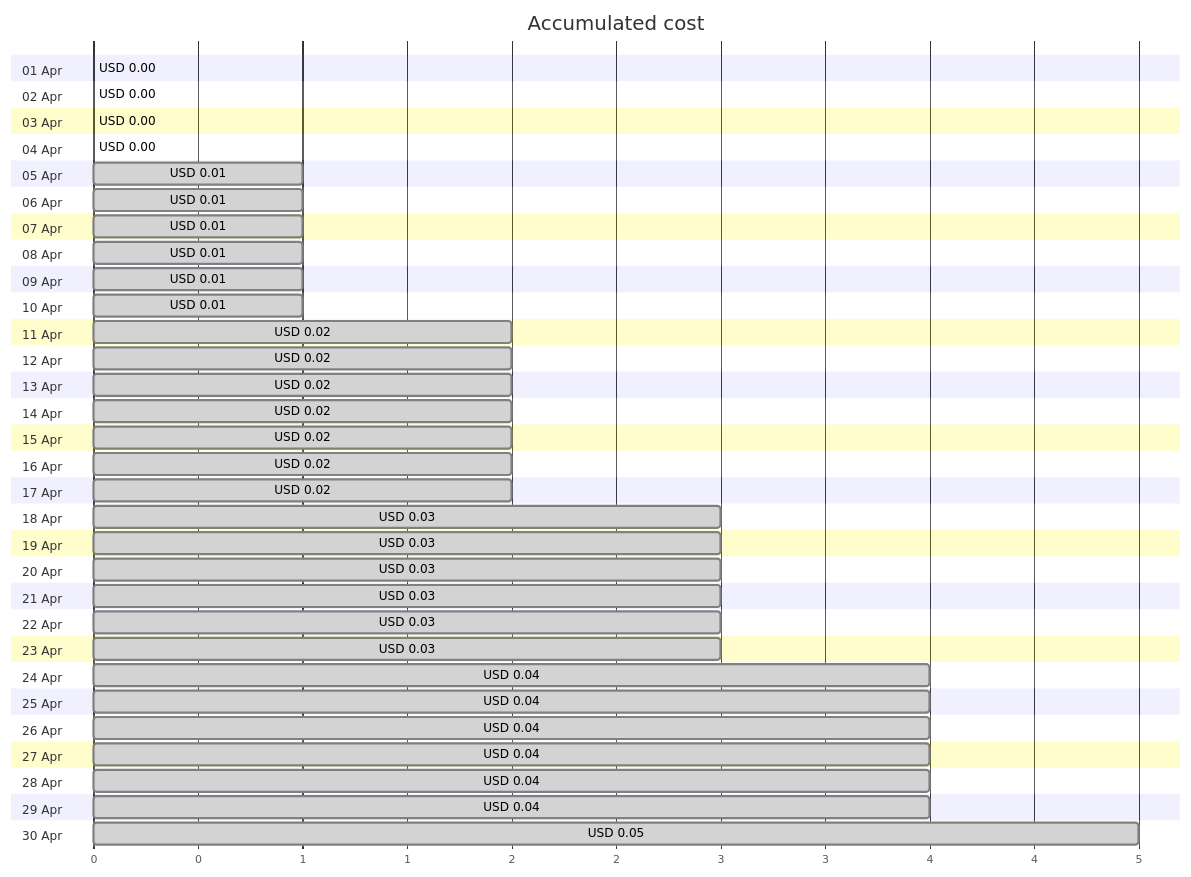
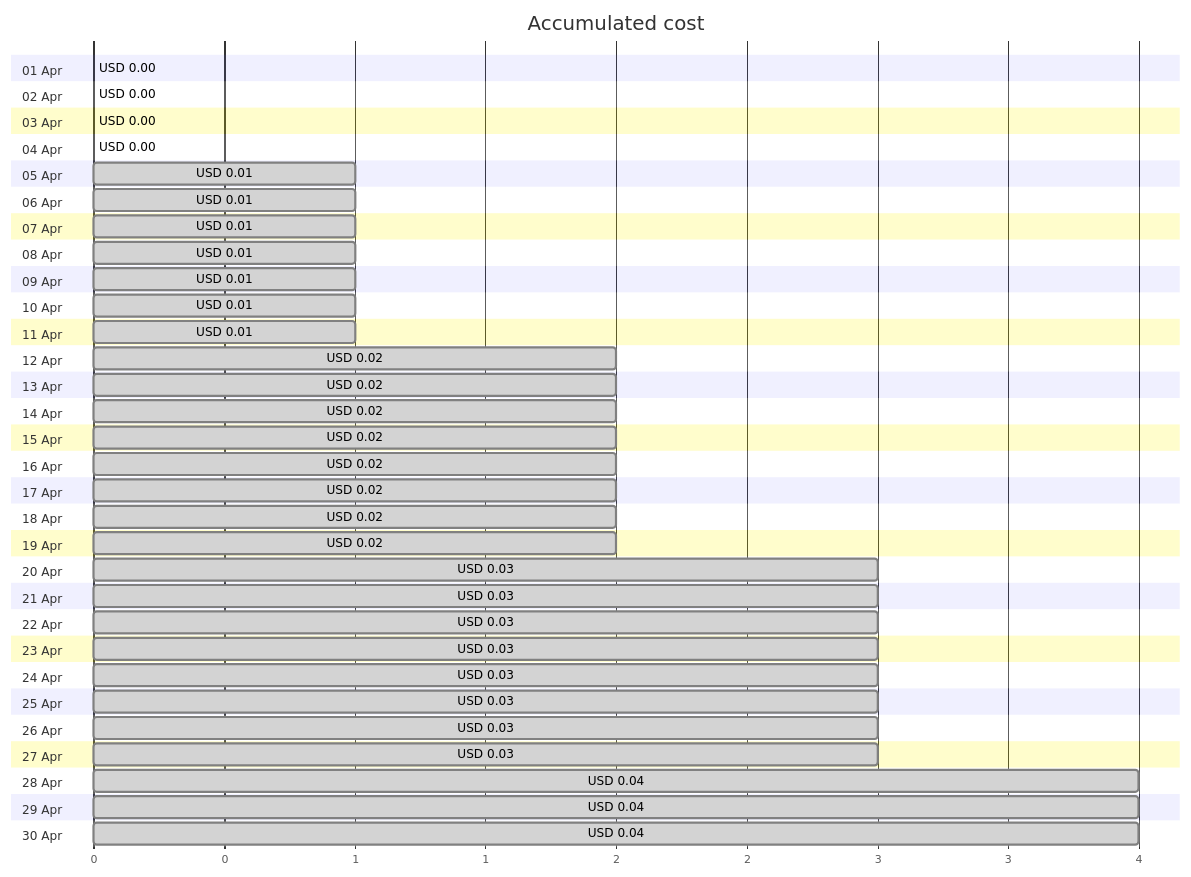
Before and after one commit to jpfulton/azure-personal-reports: the first of 4 diagrams in cost-reports/personal-site/personalsiteapistorage.md, drawn with Mermaid. The commit also changed other lines of this file and 7 other files, not shown here.

````diff
--- a/cost-reports/personal-site/personalsiteapistorage.md
+++ b/cost-reports/personal-site/personalsiteapistorage.md
@@ -20,66 +20,66 @@
 ```mermaid
 gantt
    title Accumulated cost
    dateFormat  X
    axisFormat %s
    section 01 Apr
    USD 0.00 :0, 0
    section 02 Apr
    USD 0.00 :0, 0
    section 03 Apr
    USD 0.00 :0, 0
    section 04 Apr
    USD 0.00 :0, 0
    section 05 Apr
    USD 0.01 : done, 0, 1
    section 06 Apr
    USD 0.01 : done, 0, 1
    section 07 Apr
    USD 0.01 : done, 0, 1
    section 08 Apr
    USD 0.01 : done, 0, 1
    section 09 Apr
    USD 0.01 : done, 0, 1
    section 10 Apr
    USD 0.01 : done, 0, 1
    section 11 Apr
-   USD 0.02 : done, 0, 2
+   USD 0.01 : done, 0, 1
    section 12 Apr
    USD 0.02 : done, 0, 2
    section 13 Apr
    USD 0.02 : done, 0, 2
    section 14 Apr
    USD 0.02 : done, 0, 2
    section 15 Apr
    USD 0.02 : done, 0, 2
    section 16 Apr
    USD 0.02 : done, 0, 2
    section 17 Apr
    USD 0.02 : done, 0, 2
    section 18 Apr
-   USD 0.03 : done, 0, 3
+   USD 0.02 : done, 0, 2
    section 19 Apr
-   USD 0.03 : done, 0, 3
+   USD 0.02 : done, 0, 2
    section 20 Apr
    USD 0.03 : done, 0, 3
    section 21 Apr
    USD 0.03 : done, 0, 3
    section 22 Apr
    USD 0.03 : done, 0, 3
    section 23 Apr
    USD 0.03 : done, 0, 3
    section 24 Apr
-   USD 0.04 : done, 0, 4
+   USD 0.03 : done, 0, 3
    section 25 Apr
-   USD 0.04 : done, 0, 4
+   USD 0.03 : done, 0, 3
    section 26 Apr
-   USD 0.04 : done, 0, 4
+   USD 0.03 : done, 0, 3
    section 27 Apr
-   USD 0.04 : done, 0, 4
+   USD 0.03 : done, 0, 3
    section 28 Apr
    USD 0.04 : done, 0, 4
    section 29 Apr
    USD 0.04 : done, 0, 4
    section 30 Apr
-   USD 0.05 : done, 0, 5
+   USD 0.04 : done, 0, 4
 ```
````
